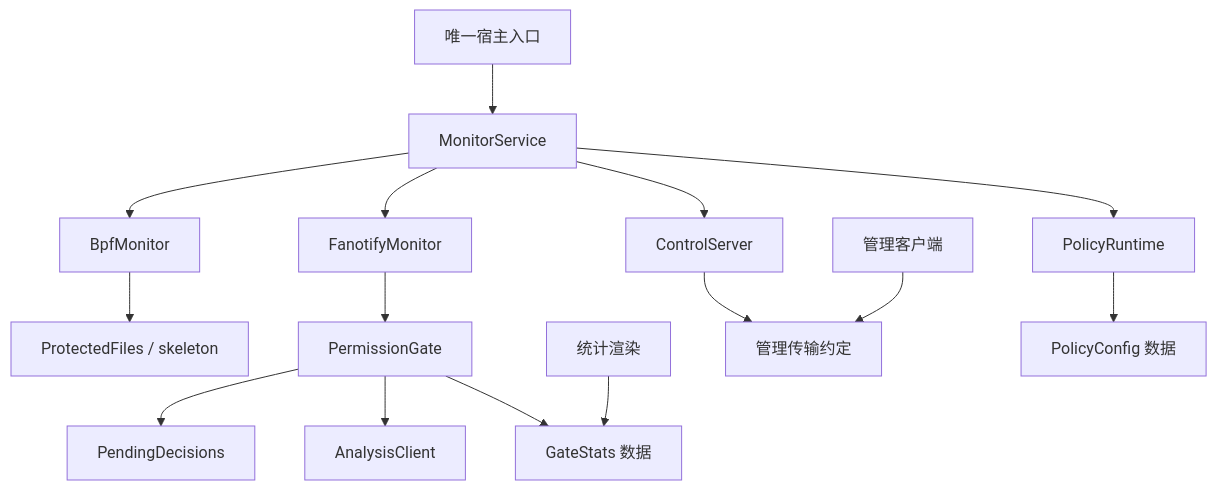
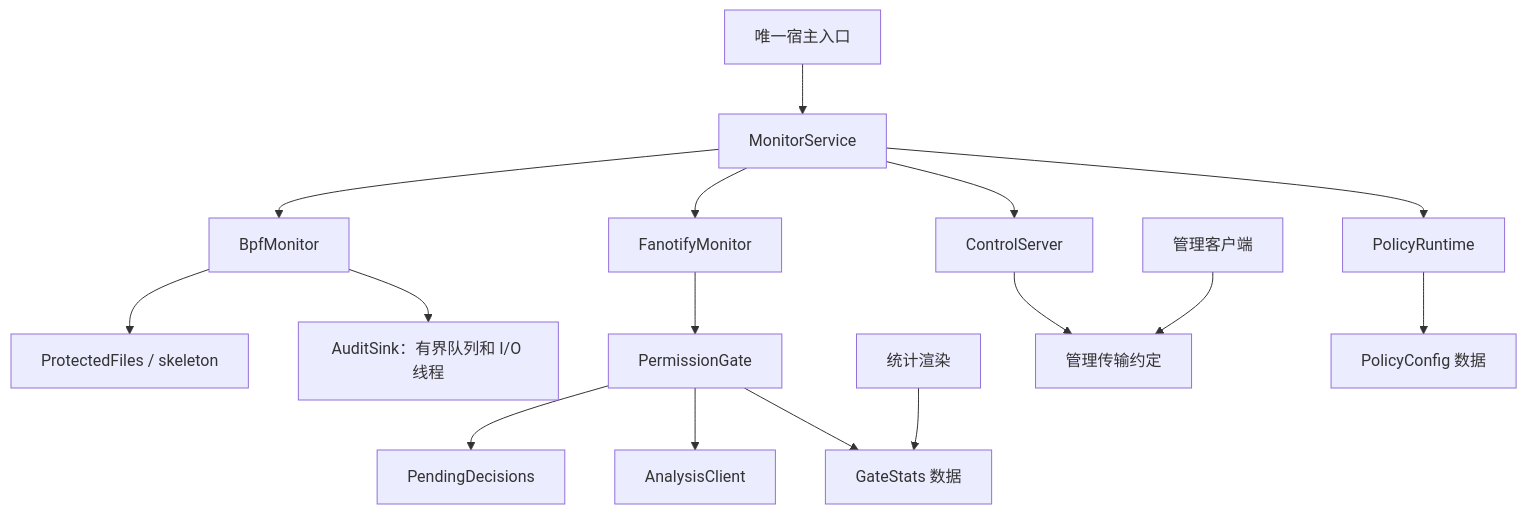
One commit to once512/SysMon-eBPF changed the diagram in docs/ARCHITECTURE_REVIEW.md. Above: the diagram before and after it, drawn with Mermaid. The commit also changed other lines of this file and 28 other files, not shown here.

````diff
--- a/docs/ARCHITECTURE_REVIEW.md
+++ b/docs/ARCHITECTURE_REVIEW.md
@@ -49,17 +49,18 @@
 ```mermaid
 flowchart TD
     Main[唯一宿主入口] --> Service[MonitorService]
     Service --> Runtime[PolicyRuntime]
     Service --> Server[ControlServer]
     Service --> BPF[BpfMonitor]
     BPF --> Pins[ProtectedFiles / skeleton]
+    BPF --> Audit[AuditSink：有界队列和 I/O 线程]
     Service --> Fan[FanotifyMonitor]
     Fan --> Gate[PermissionGate]
     Gate --> Pending[PendingDecisions]
     Gate --> Analyzer[AnalysisClient]
     Gate --> Data[GateStats 数据]
     Render[统计渲染] --> Data
     Server --> Channel[管理传输约定]
     Client[管理客户端] --> Channel
     Runtime --> Config[PolicyConfig 数据]
 ```
````
